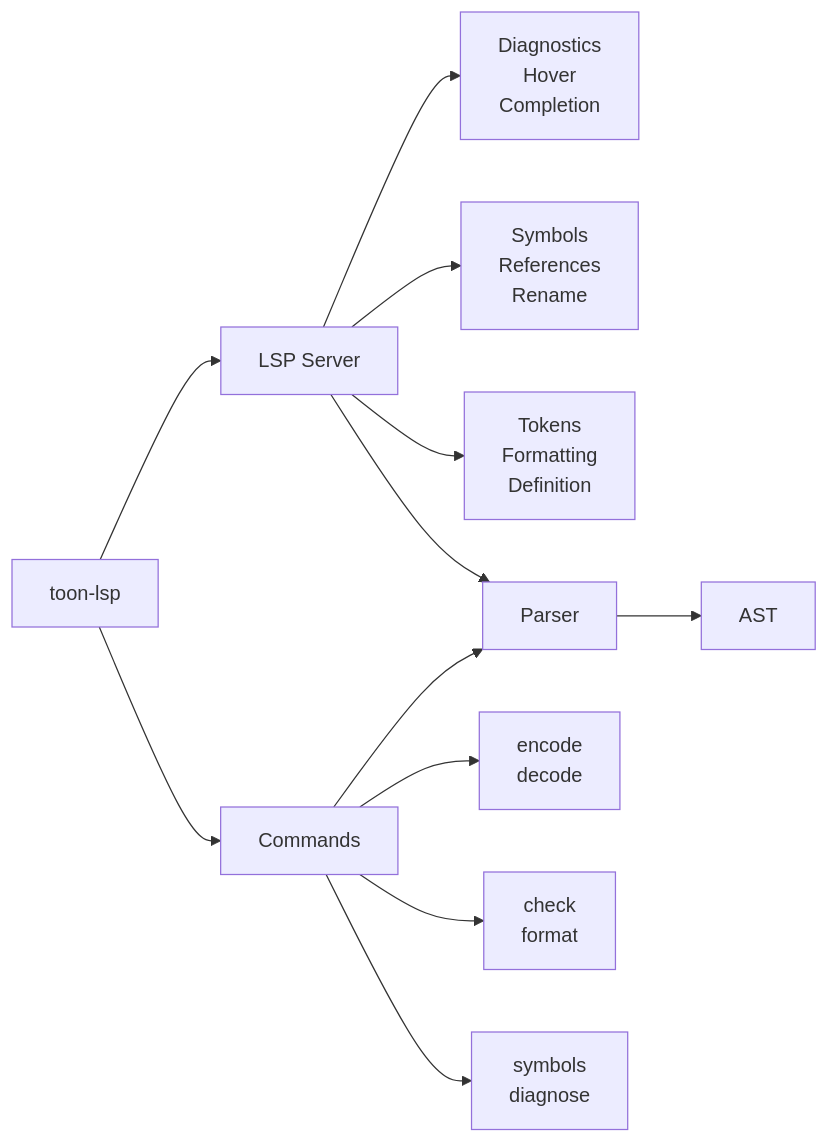
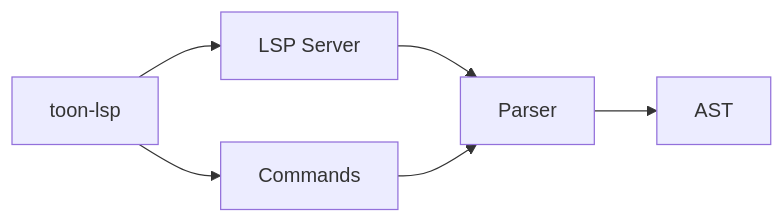
Before and after one commit to w0wl0lxd/toon-lsp: the diagram in README.md, drawn with Mermaid. The commit also changed other lines of this file and 2 other files, not shown here.

First line of the commit message:
refactor: squashed commit - readme rewrite + ast/lsp tests

````diff
--- a/README.md
+++ b/README.md
@@ -329,17 +159,9 @@
 ```mermaid
 flowchart LR
     CLI[toon-lsp] --> LSP[LSP Server]
     CLI --> CMD[Commands]
 
-    LSP --> F1[Diagnostics<br>Hover<br>Completion]
-    LSP --> F2[Symbols<br>References<br>Rename]
-    LSP --> F3[Tokens<br>Formatting<br>Definition]
-
     LSP --> P[Parser]
     CMD --> P
     P --> AST[AST]
-
-    CMD --> C1[encode<br>decode]
-    CMD --> C2[check<br>format]
-    CMD --> C3[symbols<br>diagnose]
 ```
````
